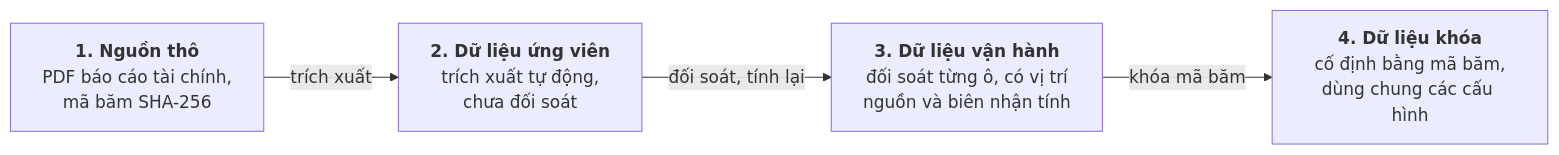
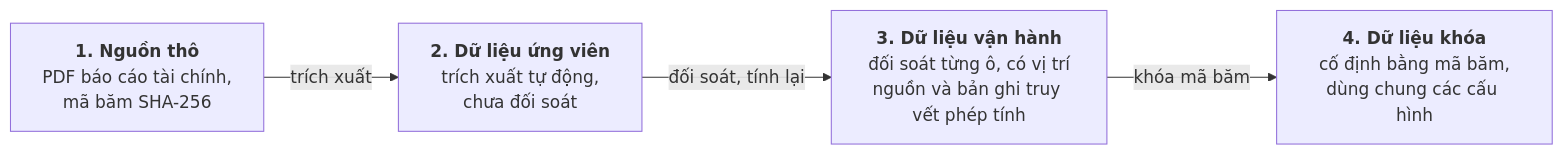
The second of 2 diagrams in docs/thesis-v2/chuong-3-phuong-phap.md (thaicuong576/final-thesis), drawn with Mermaid before and after one commit. The commit also changed other lines of this file and 7 other files, not shown here.

````diff
--- a/docs/thesis-v2/chuong-3-phuong-phap.md
+++ b/docs/thesis-v2/chuong-3-phuong-phap.md
@@ -50,10 +50,10 @@
 ```mermaid
 flowchart LR
     Raw["<b>1. Nguồn thô</b><br/>PDF báo cáo tài chính,<br/>mã băm SHA-256"]
     Candidate["<b>2. Dữ liệu ứng viên</b><br/>trích xuất tự động,<br/>chưa đối soát"]
-    Operational["<b>3. Dữ liệu vận hành</b><br/>đối soát từng ô, có vị trí<br/>nguồn và biên nhận tính"]
+    Operational["<b>3. Dữ liệu vận hành</b><br/>đối soát từng ô, có vị trí<br/>nguồn và bản ghi truy vết phép tính"]
     Locked["<b>4. Dữ liệu khóa</b><br/>cố định bằng mã băm,<br/>dùng chung các cấu hình"]
     Raw -->|"trích xuất"| Candidate
     Candidate -->|"đối soát, tính lại"| Operational
     Operational -->|"khóa mã băm"| Locked
 ```
````
